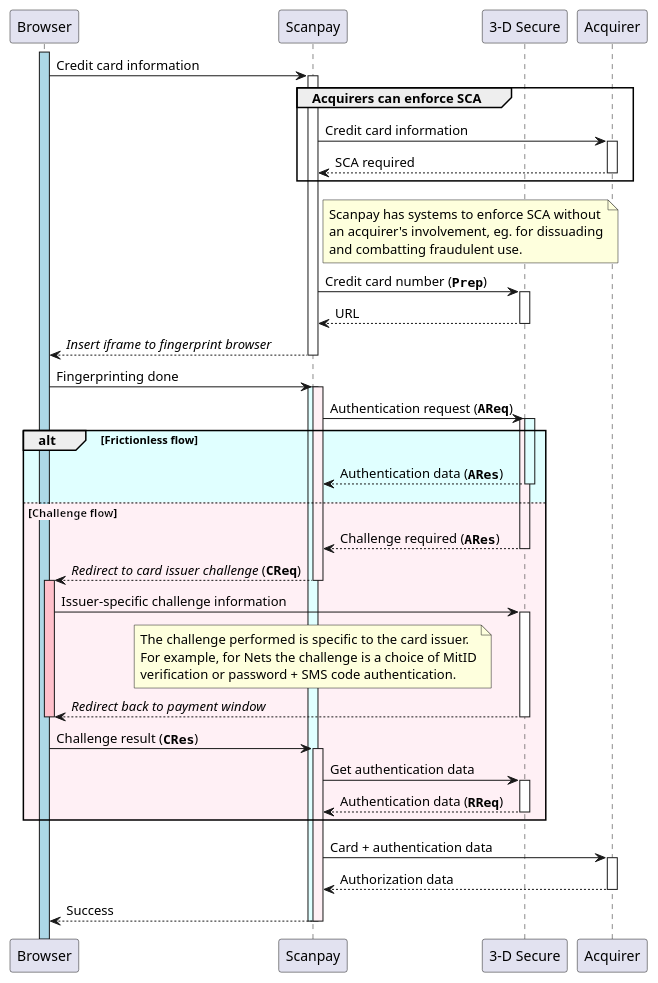
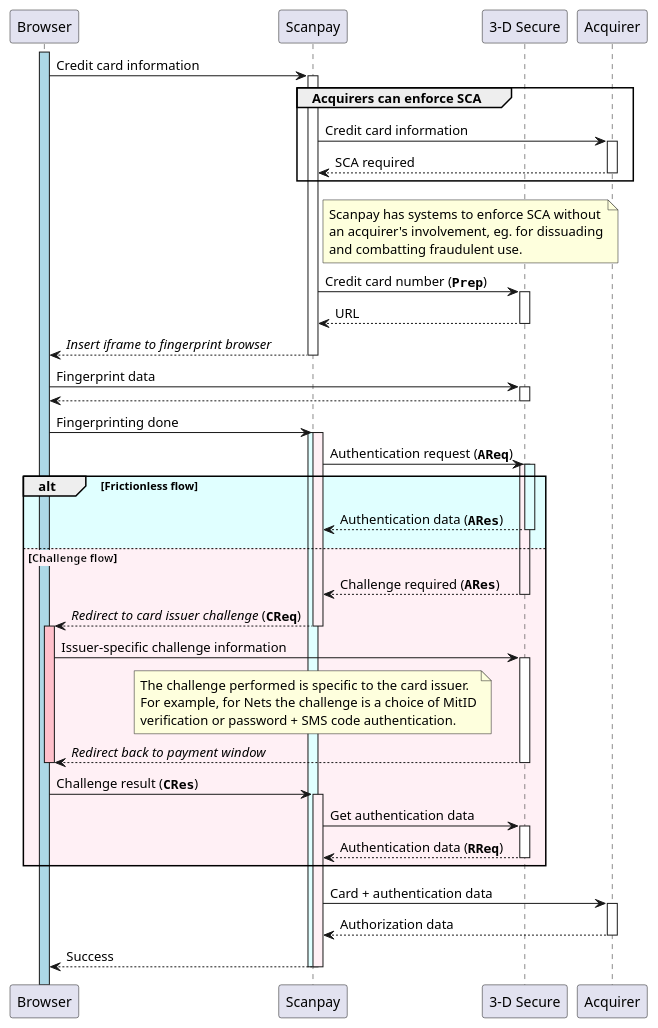
Before and after one commit to scanpay/docs.scanpay.dk: the diagram in src/docs/synchronization/img/sequence-sca.puml, drawn with PlantUML.

Commit message:
Clarify fingerprinting process in SCA diagram

```diff
--- a/src/docs/synchronization/img/sequence-sca.puml
+++ b/src/docs/synchronization/img/sequence-sca.puml
@@ -1,50 +1,52 @@
 @startuml
 !pragma teoz true
 participant Browser as b
 participant Scanpay as sp
 participant "3-D Secure" as sca
 participant Acquirer as acq
 activate b #LightBlue
 b -> sp ++ : Credit card information
 group Acquirers can enforce SCA
 sp -> acq ++ : Credit card information
 sp <-- acq -- : SCA required
 end
 note right of sp
 Scanpay has systems to enforce SCA without
 an acquirer's involvement, eg. for dissuading
 and combatting fraudulent use.
 end note
 sp -> sca ++ : Credit card number (**""Prep""**)
 sp <-- sca -- : URL
 b <-- sp -- : //Insert iframe to fingerprint browser//
+b -> sca ++ : Fingerprint data
+b <-- sca --
 b -> sp : Fingerprinting done
 activate sp #LightCyan
 activate sp #LavenderBlush
 sp -> sca : Authentication request (**""AReq""**)
 activate sca #LavenderBlush
 activate sca #LightCyan
 alt #LightCyan Frictionless flow
     sp <-- sca -- : Authentication data (**""ARes""**)
 else #LavenderBlush <back:LavenderBlush>Challenge flow</back>
     sp <-- sca -- : Challenge required (**""ARes""**)
     b <-- sp -- : //Redirect to card issuer challenge// (**""CReq""**)
     activate b #Pink
     b -> sca ++ : Issuer-specific challenge information
     note over sp
         The challenge performed is specific to the card issuer.
         For example, for Nets the challenge is a choice of MitID
         verification or password + SMS code authentication.
     end note
     b <-- sca -- : //Redirect back to payment window//
     deactivate b
     b -> sp ++ #LavenderBlush : Challenge result (**""CRes""**)
     sp -> sca ++ : Get authentication data
     sp <-- sca -- : Authentication data (**""RReq""**)
 end
 sp -> acq ++ : Card + authentication data
 sp <-- acq -- : Authorization data
 b <-- sp : Success
 deactivate sp
 deactivate sp
 @enduml
```
